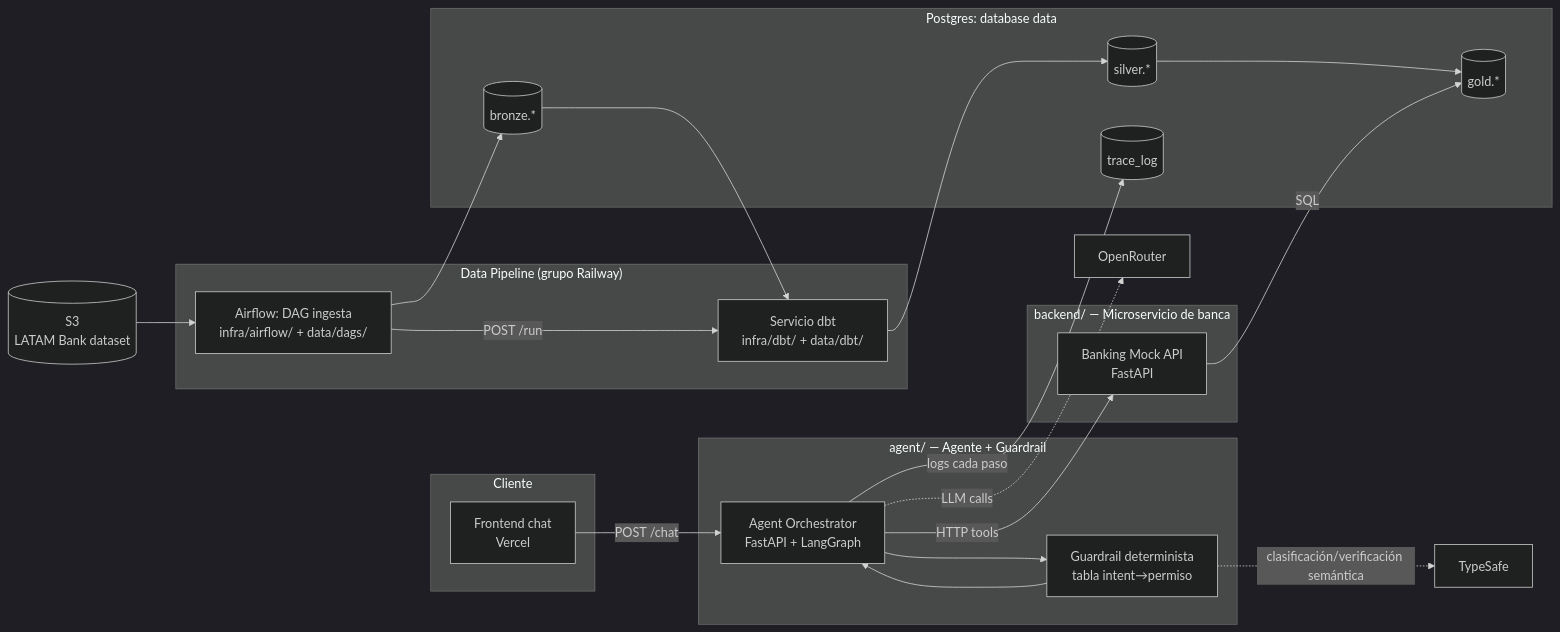
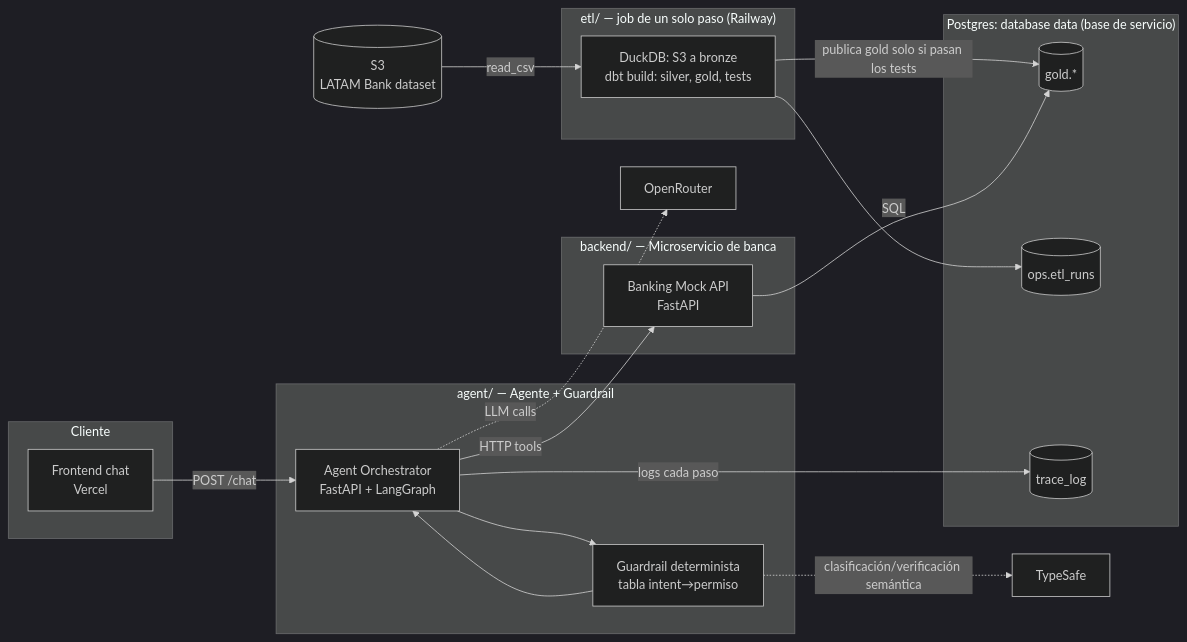
One commit to diego-rejalas/factored-hackathon-2026-bitcoders changed the first of 2 diagrams in spec/ARCHITECTURE.md. Above: the diagram before and after it, drawn with Mermaid (dark theme). The commit also changed other lines of this file and 1 other file, not shown here.

Commit message:
docs: describe the DuckDB ETL job in the architecture and dbt docs

````diff
--- a/spec/ARCHITECTURE.md
+++ b/spec/ARCHITECTURE.md
@@ -9,43 +9,38 @@
 ```mermaid
 flowchart LR
     subgraph client["Cliente"]
         FE[Frontend chat<br/>Vercel]
     end
 
     subgraph agentv["agent/ — Agente + Guardrail"]
         AGENT[Agent Orchestrator<br/>FastAPI + LangGraph]
         GUARD[Guardrail determinista<br/>tabla intent→permiso]
         AGENT --> GUARD
         GUARD --> AGENT
     end
 
     subgraph bankv["backend/ — Microservicio de banca"]
         BANK[Banking Mock API<br/>FastAPI]
     end
 
-    subgraph etlv["Data Pipeline (grupo Railway)"]
-        INGEST[Airflow: DAG ingesta<br/>infra/airflow/ + data/dags/]
-        DBT[Servicio dbt<br/>infra/dbt/ + data/dbt/]
-        INGEST -->|POST /run| DBT
+    subgraph etlv["etl/ — job de un solo paso (Railway)"]
+        ETL[DuckDB: S3 a bronze<br/>dbt build: silver, gold, tests]
     end
 
-    subgraph data["Postgres: database data"]
-        BRONZE[(bronze.*)]
-        SILVER[(silver.*)]
+    subgraph data["Postgres: database data (base de servicio)"]
         GOLD[(gold.*)]
+        OPS[(ops.etl_runs)]
         TRACE[(trace_log)]
     end
 
-    S3[(S3<br/>LATAM Bank dataset)] --> INGEST
-    INGEST --> BRONZE
-    BRONZE --> DBT
-    DBT --> SILVER
-    SILVER --> GOLD
+    S3[(S3<br/>LATAM Bank dataset)] -->|read_csv| ETL
+    ETL -->|publica gold solo si pasan los tests| GOLD
+    ETL --> OPS
 
     FE -->|POST /chat| AGENT
     AGENT -->|logs cada paso| TRACE
     AGENT -->|HTTP tools| BANK
     BANK -->|SQL| GOLD
     AGENT -.->|LLM calls| OR[OpenRouter]
     GUARD -.->|clasificación/verificación semántica| TS[TypeSafe]
 ```
````
